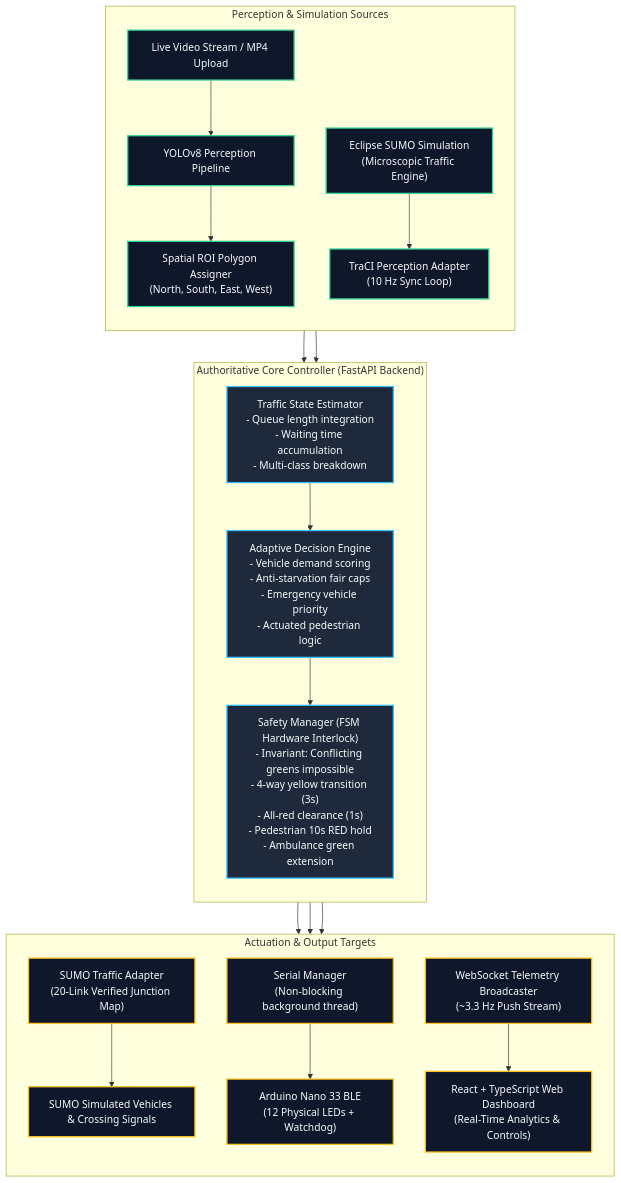
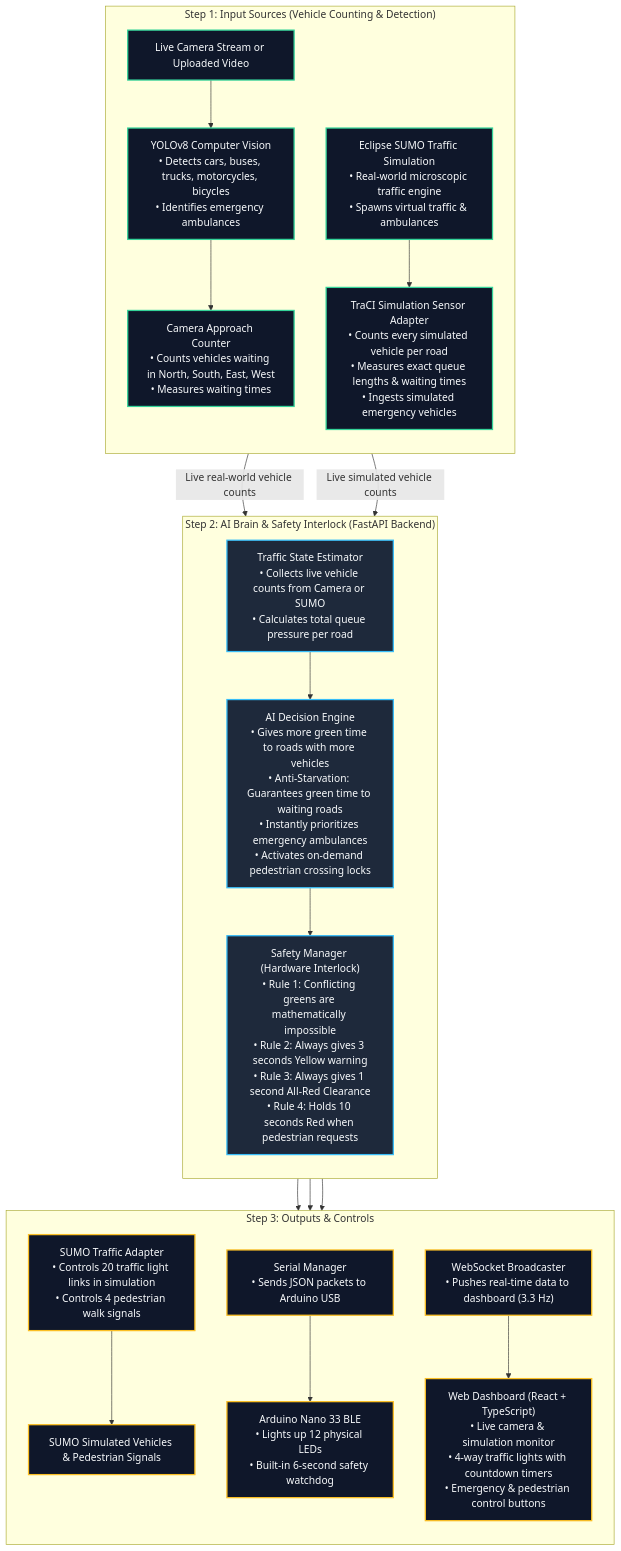
One commit to bendeze/ai-traffic-platform changed the first of 4 diagrams in docs/ARCHITECTURE.md. Above: the diagram before and after it, drawn with Mermaid. The commit also changed other lines of this file and 3 other files, not shown here.

Commit message:
fix(docs): fix broken FSM diagram, clarify simulation vehicle counting, and add 4-way traffic lights to simulation viewport

````diff
--- a/docs/ARCHITECTURE.md
+++ b/docs/ARCHITECTURE.md
@@ -9,40 +11,43 @@
 ```mermaid
 flowchart TD
-    subgraph INGESTION ["Perception & Simulation Sources"]
+    subgraph INGESTION ["Step 1: Input Sources (Vehicle Counting & Detection)"]
         direction TB
-        CAM["Live Video Stream / MP4 Upload"] --> YOLO["YOLOv8 Perception Pipeline"]
-        YOLO --> ROI["Spatial ROI Polygon Assigner\n(North, South, East, West)"]
-        SUMO["Eclipse SUMO Simulation\n(Microscopic Traffic Engine)"] --> TRACI["TraCI Perception Adapter\n(10 Hz Sync Loop)"]
+        CAM["Live Camera Stream or Uploaded Video"] --> YOLO["YOLOv8 Computer Vision\n• Detects cars, buses, trucks, motorcycles, bicycles\n• Identifies emergency ambulances"]
+        YOLO --> ROI["Camera Approach Counter\n• Counts vehicles waiting in North, South, East, West\n• Measures waiting times"]
+        
+        SUMO["Eclipse SUMO Traffic Simulation\n• Real-world microscopic traffic engine\n• Spawns virtual traffic & ambulances"] --> TRACI["TraCI Simulation Sensor Adapter\n• Counts every simulated vehicle per road\n• Measures exact queue lengths & waiting times\n• Ingests simulated emergency vehicles"]
     end
 
-    subgraph CORE ["Authoritative Core Controller (FastAPI Backend)"]
+    subgraph CORE ["Step 2: AI Brain & Safety Interlock (FastAPI Backend)"]
         direction TB
-        EST["Traffic State Estimator\n- Queue length integration\n- Waiting time accumulation\n- Multi-class breakdown"]
-        DEC["Adaptive Decision Engine\n- Vehicle demand scoring\n- Anti-starvation fair caps\n- Emergency vehicle priority\n- Actuated pedestrian logic"]
-        SAFE["Safety Manager (FSM Hardware Interlock)\n- Invariant: Conflicting greens impossible\n- 4-way yellow transition (3s)\n- All-red clearance (1s)\n- Pedestrian 10s RED hold\n- Ambulance green extension"]
+        EST["Traffic State Estimator\n• Collects live vehicle counts from Camera or SUMO\n• Calculates total queue pressure per road"]
         
-        ROI --> EST
-        TRACI --> EST
+        DEC["AI Decision Engine\n• Gives more green time to roads with more vehicles\n• Anti-Starvation: Guarantees green time to waiting roads\n• Instantly prioritizes emergency ambulances\n• Activates on-demand pedestrian crossing locks"]
+        
+        SAFE["Safety Manager (Hardware Interlock)\n• Rule 1: Conflicting greens are mathematically impossible\n• Rule 2: Always gives 3 seconds Yellow warning\n• Rule 3: Always gives 1 second All-Red Clearance\n• Rule 4: Holds 10 seconds Red when pedestrian requests"]
+        
+        ROI -->|"Live real-world vehicle counts"| EST
+        TRACI -->|"Live simulated vehicle counts"| EST
         EST --> DEC
         DEC --> SAFE
     end
 
-    subgraph ACTUATION ["Actuation & Output Targets"]
+    subgraph ACTUATION ["Step 3: Outputs & Controls"]
         direction TB
-        SAFE --> SIM_ADAPT["SUMO Traffic Adapter\n(20-Link Verified Junction Map)"]
-        SAFE --> SERIAL["Serial Manager\n(Non-blocking background thread)"]
-        SAFE --> WS["WebSocket Telemetry Broadcaster\n(~3.3 Hz Push Stream)"]
+        SAFE --> SIM_ADAPT["SUMO Traffic Adapter\n• Controls 20 traffic light links in simulation\n• Controls 4 pedestrian walk signals"]
+        SAFE --> SERIAL["Serial Manager\n• Sends JSON packets to Arduino USB"]
+        SAFE --> WS["WebSocket Broadcaster\n• Pushes real-time data to dashboard (3.3 Hz)"]
         
-        SIM_ADAPT --> SUMO_NET["SUMO Simulated Vehicles & Crossing Signals"]
-        SERIAL --> ARDUINO["Arduino Nano 33 BLE\n(12 Physical LEDs + Watchdog)"]
-        WS --> UI["React + TypeScript Web Dashboard\n(Real-Time Analytics & Controls)"]
+        SIM_ADAPT --> SUMO_NET["SUMO Simulated Vehicles & Pedestrian Signals"]
+        SERIAL --> ARDUINO["Arduino Nano 33 BLE\n• Lights up 12 physical LEDs\n• Built-in 6-second safety watchdog"]
+        WS --> UI["Web Dashboard (React + TypeScript)\n• Live camera & simulation monitor\n• 4-way traffic lights with countdown timers\n• Emergency & pedestrian control buttons"]
     end
 
     classDef coreStyle fill:#1e293b,stroke:#38bdf8,stroke-width:2px,color:#f8fafc;
     classDef ingestStyle fill:#0f172a,stroke:#34d399,stroke-width:2px,color:#f8fafc;
     classDef actStyle fill:#0f172a,stroke:#fbbf24,stroke-width:2px,color:#f8fafc;
 
     class CAM,YOLO,ROI,SUMO,TRACI ingestStyle;
     class EST,DEC,SAFE coreStyle;
     class SIM_ADAPT,SERIAL,WS,SUMO_NET,ARDUINO,UI actStyle;
 ```
````
